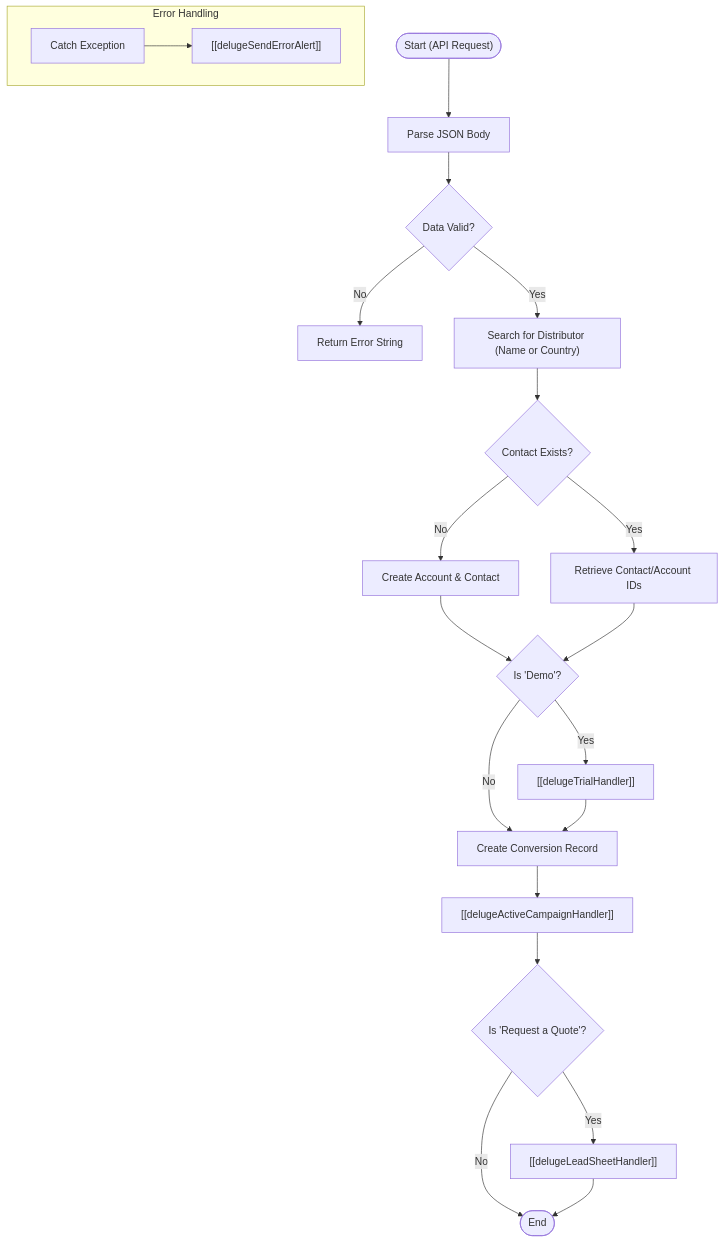
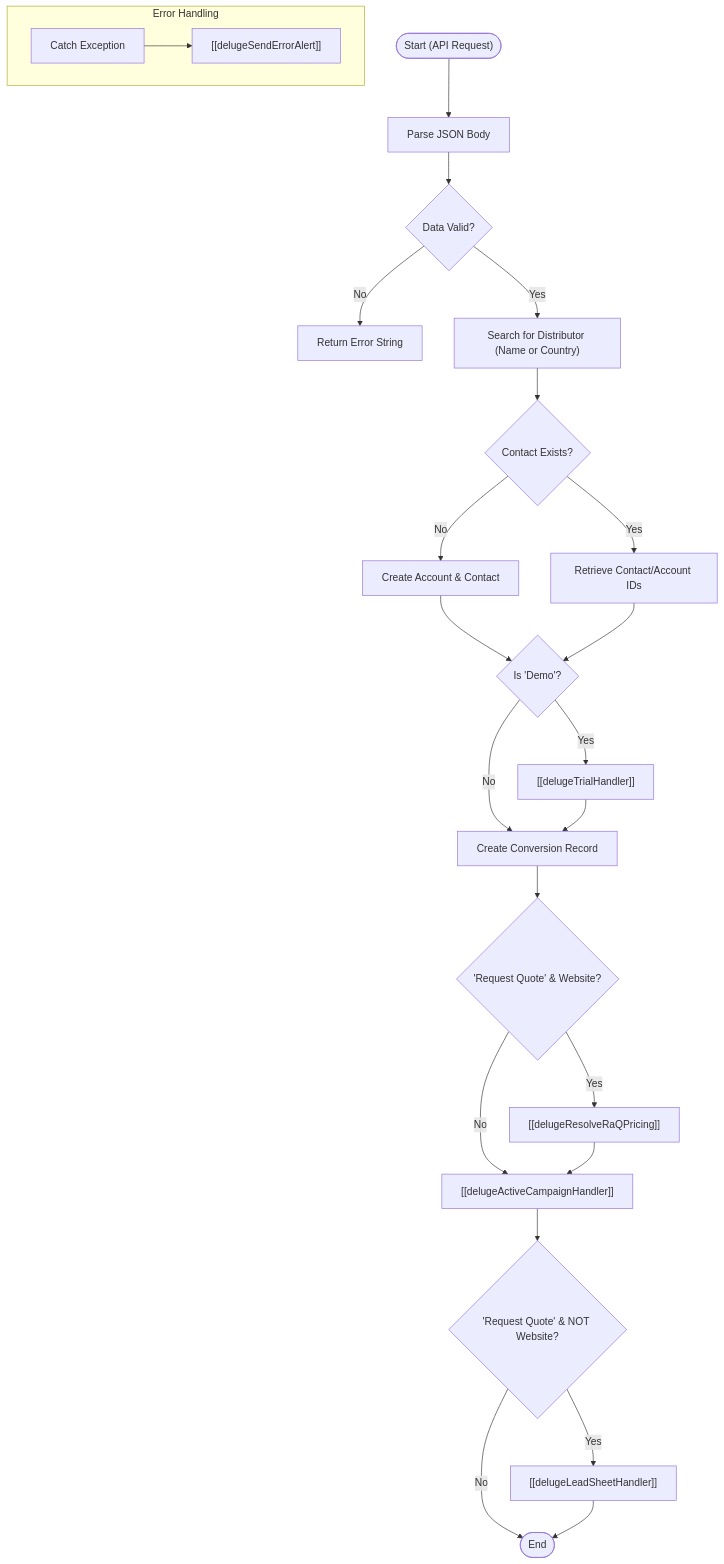
Before and after one commit to martinkp93/zoho-scripts: the diagram in Acquisition and Onboarding/Lead Ingestion/Lead Handler/delugeLeadHandler.md, drawn with Mermaid. The commit also changed other lines of this file, not shown here.

Commit message:
Update delugeLeadHandler.md docs via DeluluDocu

````diff
--- a/Acquisition and Onboarding/Lead Ingestion/Lead Handler/delugeLeadHandler.md
+++ b/Acquisition and Onboarding/Lead Ingestion/Lead Handler/delugeLeadHandler.md
@@ -37,31 +38,36 @@
 ```mermaid
 graph TD
     Start(["Start (API Request)"]) --> Parse["Parse JSON Body"]
-    Parse --> Val{Data Valid?}
-    Val -- No --> ErrRet["Return Error String"]
-    Val -- Yes --> DistSearch["Search for Distributor (Name or Country)"]
+    Parse --> Val{"Data Valid?"}
+    Val -- "No" --> ErrRet["Return Error String"]
+    Val -- "Yes" --> DistSearch["Search for Distributor (Name or Country)"]
     
     DistSearch --> ContSearch{"Contact Exists?"}
     
-    ContSearch -- No --> CreateAcc["Create Account & Contact"]
-    ContSearch -- Yes --> GetIDs["Retrieve Contact/Account IDs"]
+    ContSearch -- "No" --> CreateAcc["Create Account & Contact"]
+    ContSearch -- "Yes" --> GetIDs["Retrieve Contact/Account IDs"]
     
     CreateAcc --> TrialCheck
     GetIDs --> TrialCheck
     
     TrialCheck{"Is 'Demo'?"}
-    TrialCheck -- Yes --> CallTrial["[[delugeTrialHandler]]"]
-    TrialCheck -- No --> ConvRecord["Create Conversion Record"]
+    TrialCheck -- "Yes" --> CallTrial["[[delugeTrialHandler]]"]
+    TrialCheck -- "No" --> ConvRecord["Create Conversion Record"]
     CallTrial --> ConvRecord
     
-    ConvRecord --> ACHandler["[[delugeActiveCampaignHandler]]"]
-    ACHandler --> QuoteCheck{"Is 'Request a Quote'?"}
+    ConvRecord --> PricingCheck{"'Request Quote' & Website?"}
+    PricingCheck -- "Yes" --> ResolvePricing["[[delugeResolveRaQPricing]]"]
+    PricingCheck -- "No" --> ACHandler["[[delugeActiveCampaignHandler]]"]
     
-    QuoteCheck -- Yes --> LeadSheet["[[delugeLeadSheetHandler]]"]
-    QuoteCheck -- No --> End(["End"])
+    ResolvePricing --> ACHandler
+    
+    ACHandler --> QuoteCheck{"'Request Quote' & NOT Website?"}
+    
+    QuoteCheck -- "Yes" --> LeadSheet["[[delugeLeadSheetHandler]]"]
+    QuoteCheck -- "No" --> End(["End"])
     LeadSheet --> End
     
     subgraph "Error Handling"
         Catch["Catch Exception"] --> Alert["[[delugeSendErrorAlert]]"]
     end
 ```
````
